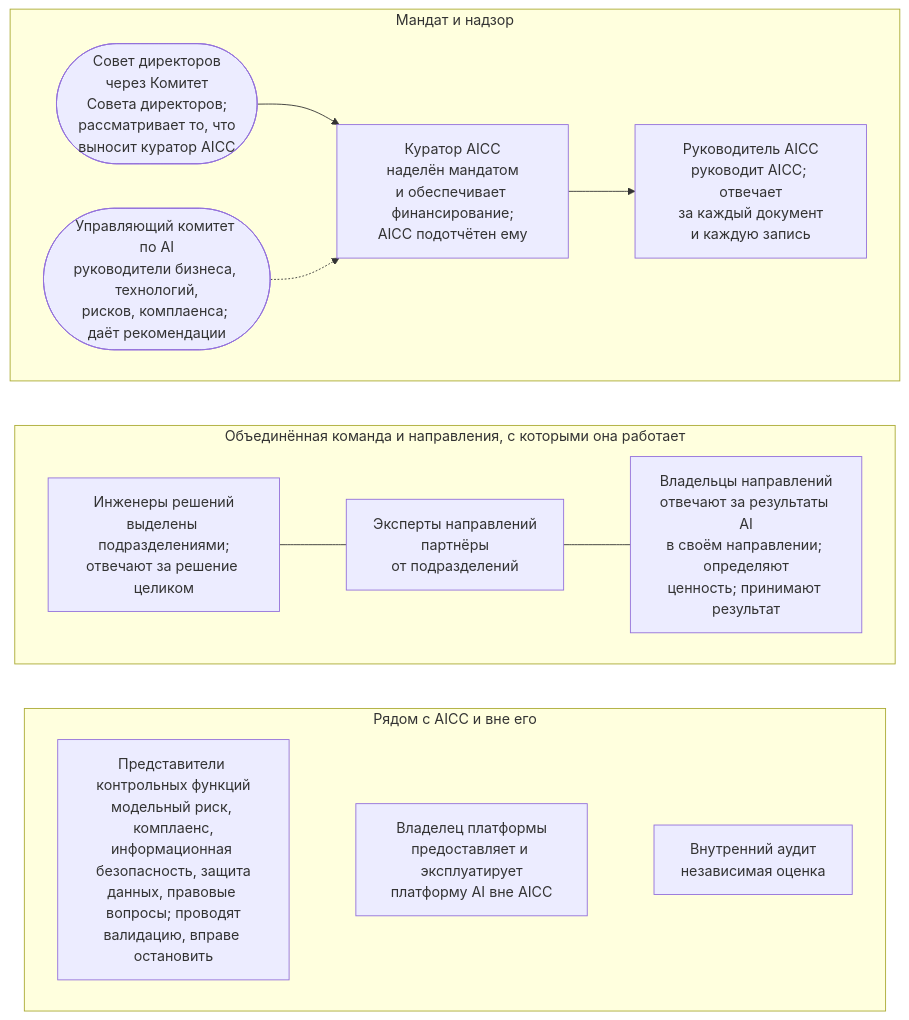
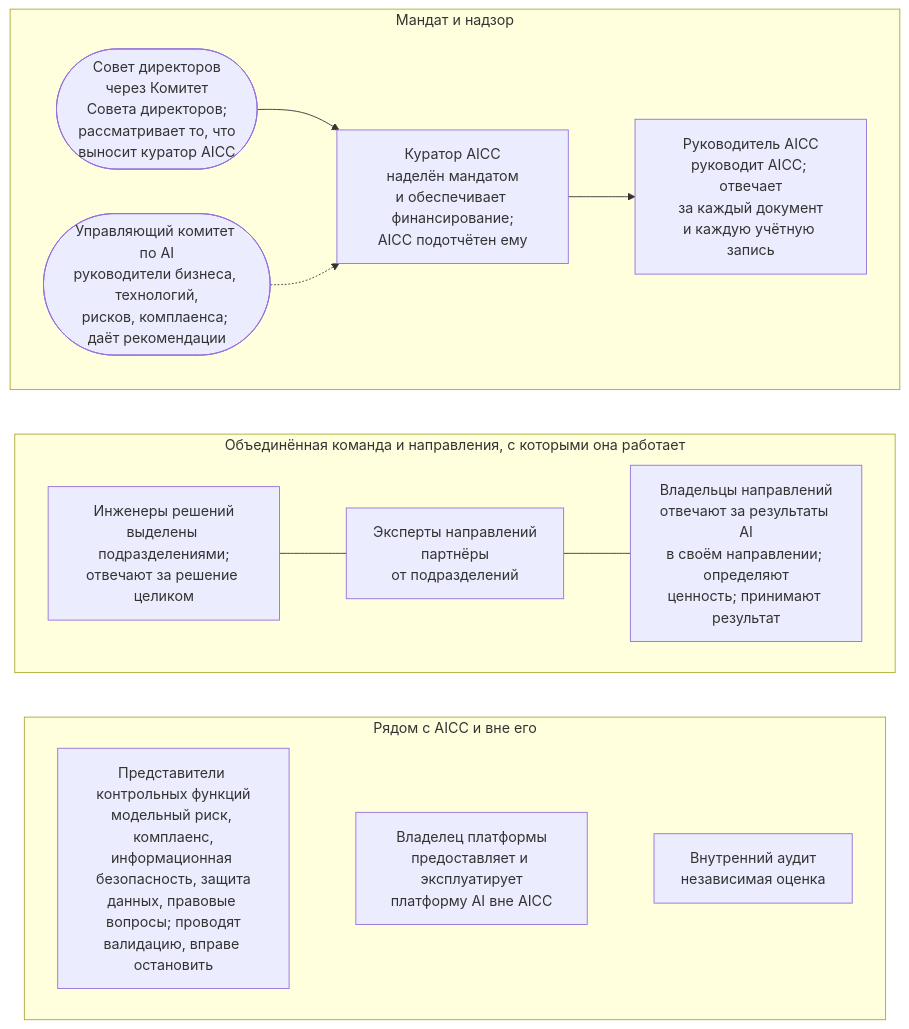
Before and after one commit to devhogu/ob-aicc: the diagram in portal/content/ru/organization/overview.md, drawn with Mermaid. The commit also changed other lines of this file and 370 other files, not shown here.

````diff
--- a/portal/content/ru/organization/overview.md
+++ b/portal/content/ru/organization/overview.md
@@ -13,20 +13,20 @@
 ```mermaid
 flowchart TB
   subgraph TOP["Мандат и надзор"]
     direction LR
     B(["Совет директоров<br/>через Комитет<br/>Совета директоров;<br/>рассматривает то, что<br/>выносит куратор AICC"]) --> ES["Куратор AICC<br/>наделён мандатом<br/>и обеспечивает финансирование;<br/>AICC подотчётен ему"]
-    ES --> AL["Руководитель AICC<br/>руководит AICC; отвечает<br/>за каждый документ<br/>и каждую запись"]
+    ES --> AL["Руководитель AICC<br/>руководит AICC; отвечает<br/>за каждый документ<br/>и каждую учётную запись"]
     SC(["Управляющий комитет по AI<br/>руководители бизнеса, технологий,<br/>рисков, комплаенса; даёт рекомендации"]) -.-> ES
   end
   subgraph MID["Объединённая команда и направления, с которыми она работает"]
     direction LR
     SE["Инженеры решений<br/>выделены подразделениями;<br/>отвечают за решение целиком"] --- DE["Эксперты направлений<br/>партнёры<br/>от подразделений"]
     DE --- DO["Владельцы направлений<br/>отвечают за результаты AI<br/>в своём направлении; определяют<br/>ценность; принимают результат"]
   end
   subgraph SIDE["Рядом с AICC и вне его"]
     direction LR
     CF["Представители контрольных функций<br/>модельный риск, комплаенс,<br/>информационная безопасность, защита<br/>данных, правовые вопросы; проводят<br/>валидацию, вправе остановить"] ~~~ PO["Владелец платформы<br/>предоставляет и эксплуатирует<br/>платформу AI вне AICC"] ~~~ IA["Внутренний аудит<br/>независимая оценка"]
   end
   TOP ~~~ MID
   MID ~~~ SIDE
 ```
````
